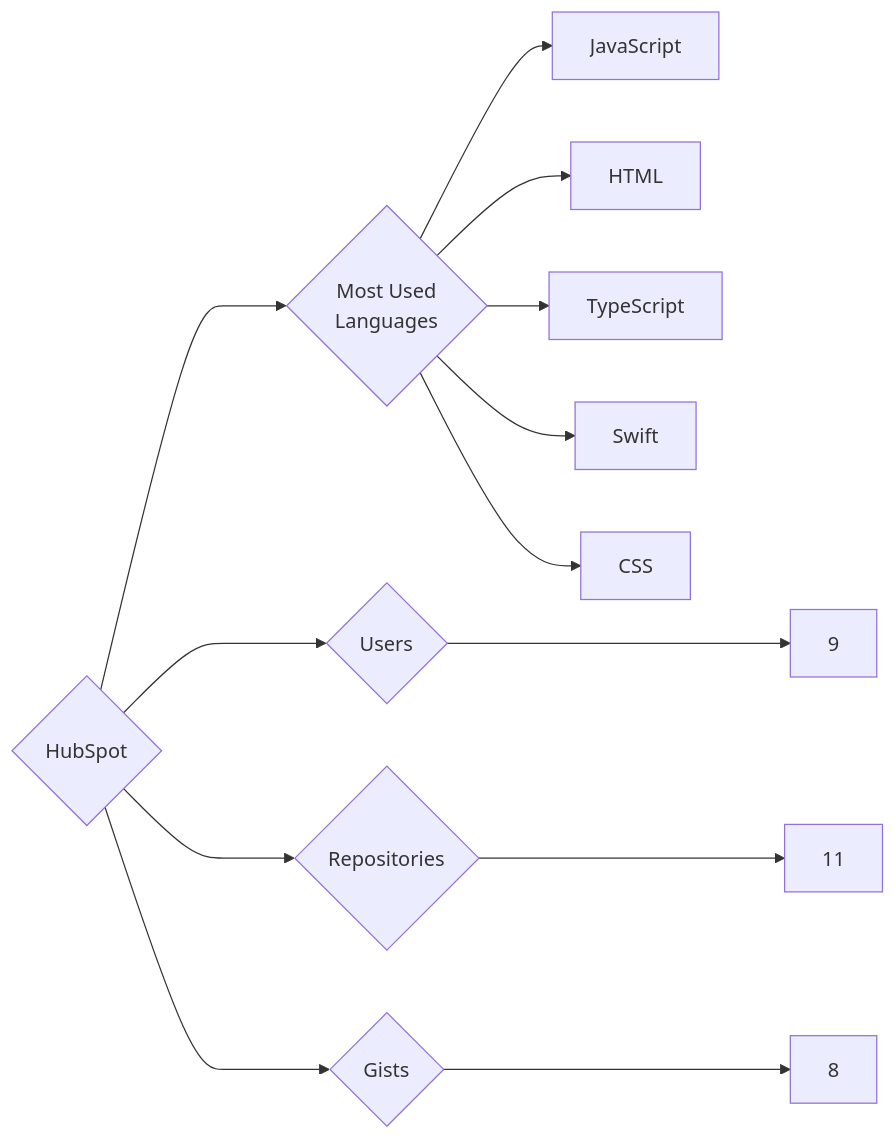
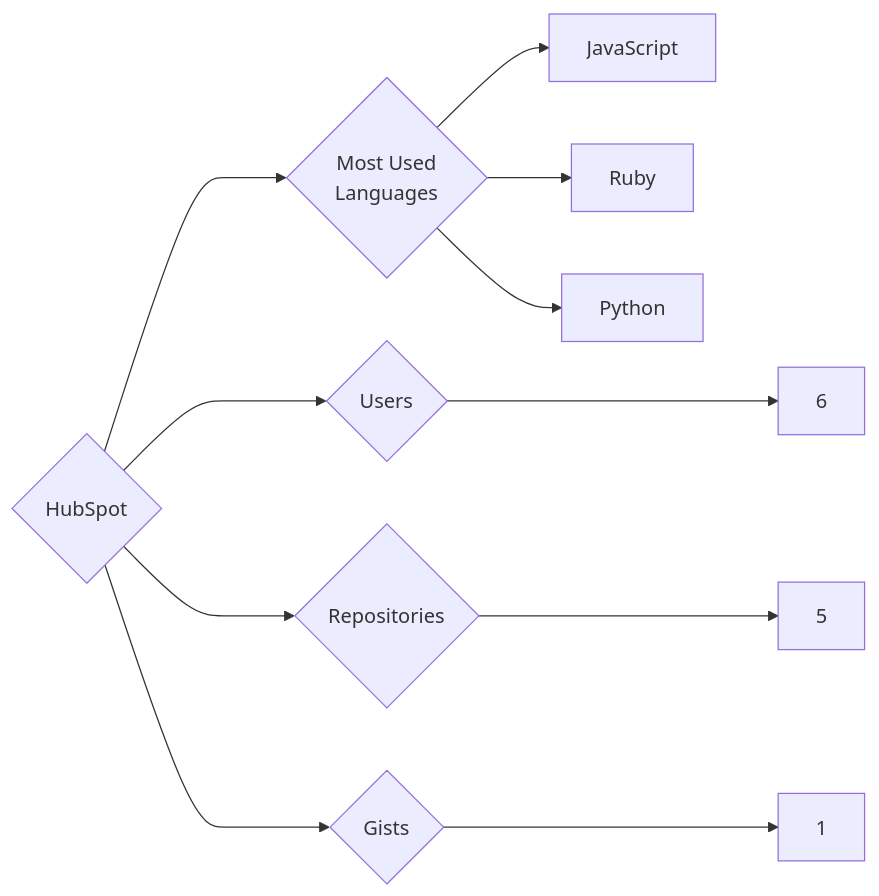
One commit to trickest/insiders changed the diagram in targets/HubSpot/README.md. Above: the diagram before and after it, drawn with Mermaid. The commit also changed 1170 other files, not shown here.

````diff
--- a/targets/HubSpot/README.md
+++ b/targets/HubSpot/README.md
@@ -3,13 +3,11 @@
 ```mermaid
 graph LR
 COMPANY_NAME{HubSpot}
-COMPANY_NAME ---> U{Users} ---> UN[9]
-COMPANY_NAME ---> R{Repositories} ---> RN[11]
-COMPANY_NAME ---> G{Gists} ---> GN[8]
+COMPANY_NAME ---> U{Users} ---> UN[6]
+COMPANY_NAME ---> R{Repositories} ---> RN[5]
+COMPANY_NAME ---> G{Gists} ---> GN[1]
 COMPANY_NAME ---> ML{Most Used<br>Languages}
 ML --> JavaScript[JavaScript]
-ML --> HTML[HTML]
-ML --> TypeScript[TypeScript]
-ML --> Swift[Swift]
-ML --> CSS[CSS]
+ML --> Ruby[Ruby]
+ML --> Python[Python]
 ```
````
